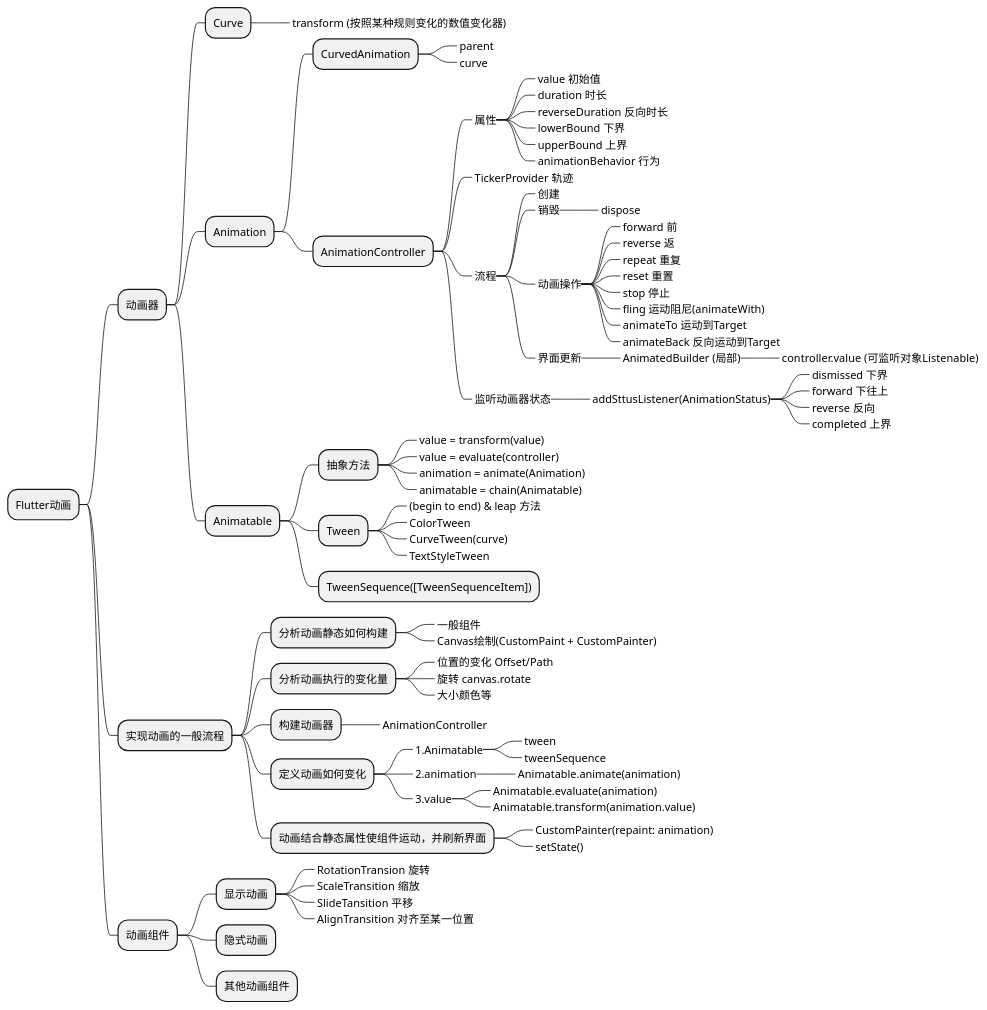
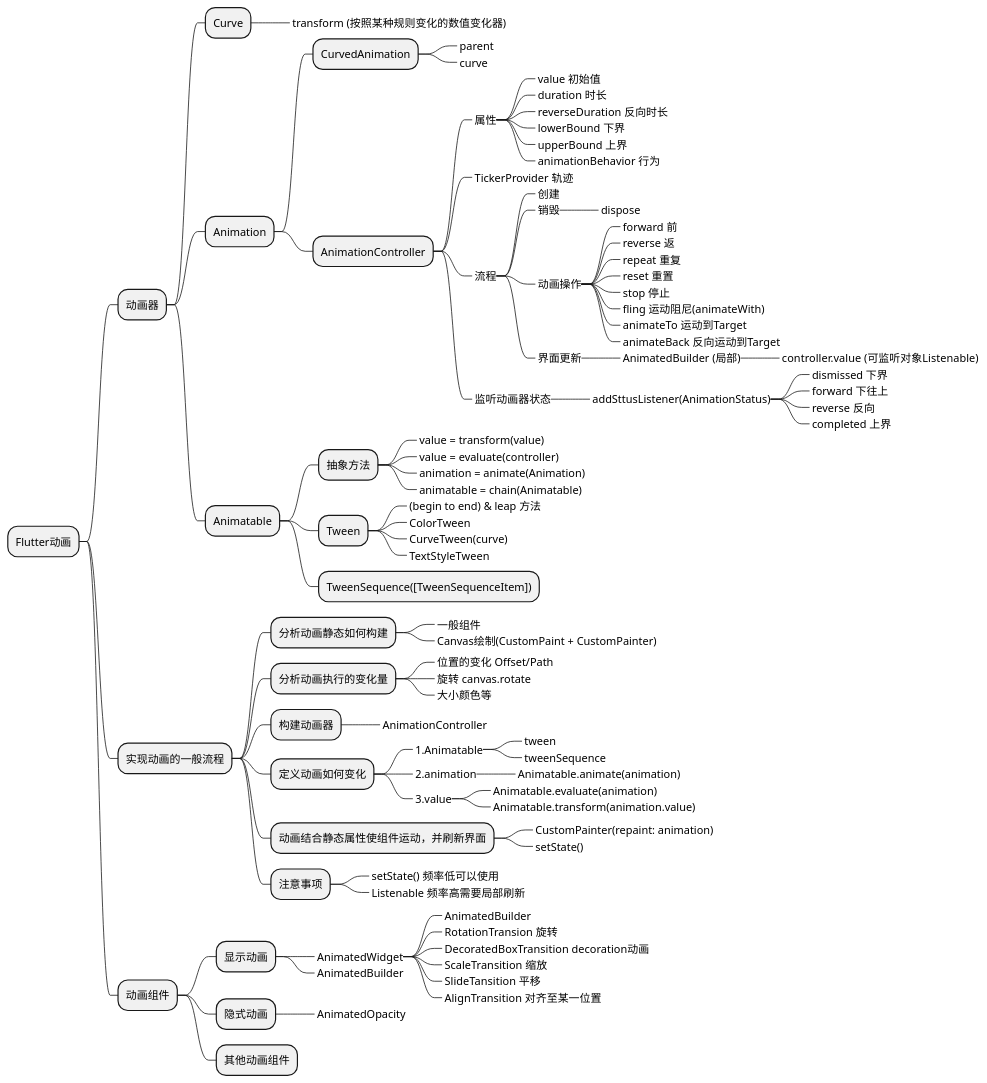
One commit to HEROhuqinchao/flutter_bilibili_getx changed the diagram in lib/ui/pages/functions/animation_study/mindMap/mindMap.pu. Above: the diagram before and after it, drawn with PlantUML. The commit also changed 3 other files, not shown here.

```diff
--- a/lib/ui/pages/functions/animation_study/mindMap/mindMap.pu
+++ b/lib/ui/pages/functions/animation_study/mindMap/mindMap.pu
@@ -1,87 +1,94 @@
 @startmindmap
 * Flutter动画
 ** 动画器
 *** Curve
 ****_ transform (按照某种规则变化的数值变化器)
 *** Animation
 **** CurvedAnimation
 *****_ parent
 *****_ curve
 **** AnimationController
 *****_ 属性
 ******_ value 初始值
 ******_ duration 时长
 ******_ reverseDuration 反向时长
 ******_ lowerBound 下界
 ******_ upperBound 上界
 ******_ animationBehavior 行为
 *****_ TickerProvider 轨迹
 *****_ 流程
 ******_ 创建
 ******_ 销毁
 *******_ dispose
 ******_ 动画操作
 *******_ forward 前
 *******_ reverse 返
 *******_ repeat 重复
 *******_ reset 重置
 *******_ stop 停止
 *******_ fling 运动阻尼(animateWith)
 *******_ animateTo 运动到Target
 *******_ animateBack 反向运动到Target
 ******_ 界面更新
 *******_ AnimatedBuilder (局部)
 ********_ controller.value (可监听对象Listenable)
 *****_ 监听动画器状态
 ******_ addSttusListener(AnimationStatus)
 *******_ dismissed 下界
 *******_ forward 下往上
 *******_ reverse 反向
 *******_ completed 上界
 *** Animatable
 **** 抽象方法
 *****_ value = transform(value)
 *****_ value = evaluate(controller)
 *****_ animation = animate(Animation)
 *****_ animatable = chain(Animatable)
 
 **** Tween
 *****_ (begin to end) & leap 方法
 *****_ ColorTween
 *****_ CurveTween(curve)
 *****_ TextStyleTween
 **** TweenSequence([TweenSequenceItem])
 
 ** 实现动画的一般流程
 *** 分析动画静态如何构建
 ****_ 一般组件
 ****_ Canvas绘制(CustomPaint + CustomPainter)
 *** 分析动画执行的变化量
 ****_ 位置的变化 Offset/Path
 ****_ 旋转 canvas.rotate
 ****_ 大小颜色等
 *** 构建动画器
 ****_ AnimationController
 *** 定义动画如何变化
 ****_ 1.Animatable
 *****_ tween
 *****_ tweenSequence
 ****_ 2.animation
 *****_ Animatable.animate(animation)
 ****_ 3.value
 *****_ Animatable.evaluate(animation)
 *****_ Animatable.transform(animation.value)
 *** 动画结合静态属性使组件运动，并刷新界面
 ****_ CustomPainter(repaint: animation)
 ****_ setState()
+*** 注意事项
+****_ setState() 频率低可以使用
+****_ Listenable 频率高需要局部刷新
 
 ** 动画组件
 *** 显示动画
-****_ RotationTransion 旋转
-****_ ScaleTransition 缩放
-****_ SlideTansition 平移
-****_ AlignTransition 对齐至某一位置
-
+****_ AnimatedWidget
+*****_ AnimatedBuilder
+*****_ RotationTransion 旋转
+*****_ DecoratedBoxTransition decoration动画
+*****_ ScaleTransition 缩放
+*****_ SlideTansition 平移
+*****_ AlignTransition 对齐至某一位置
+****_ AnimatedBuilder
 *** 隐式动画
+****_ AnimatedOpacity
 *** 其他动画组件
 @endmindmap
```
